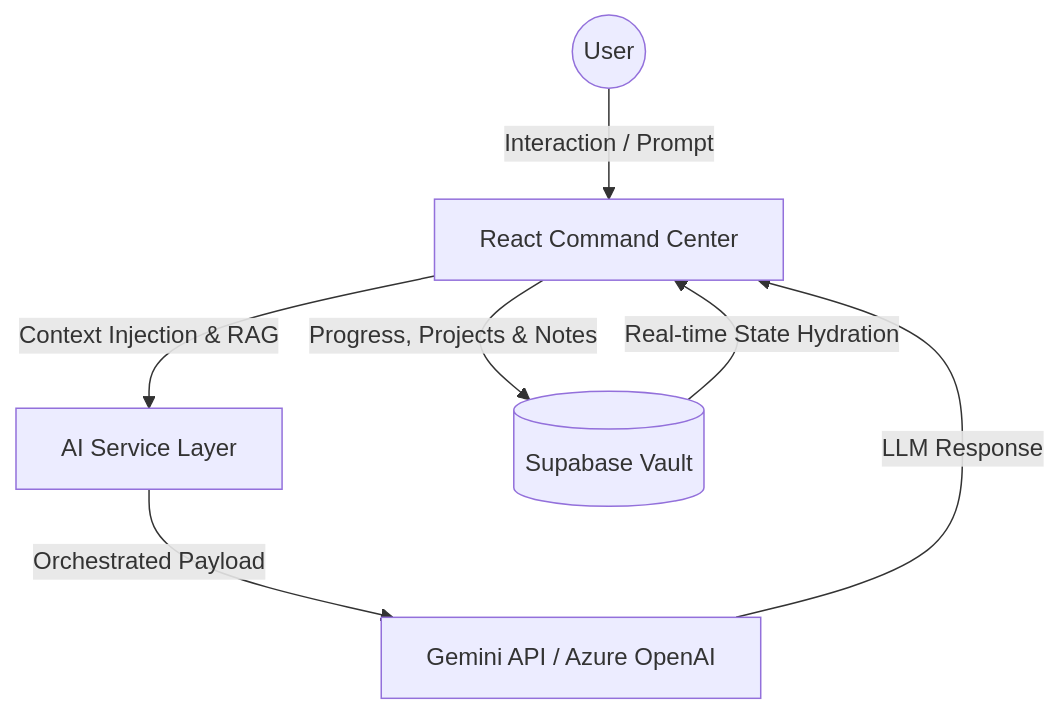
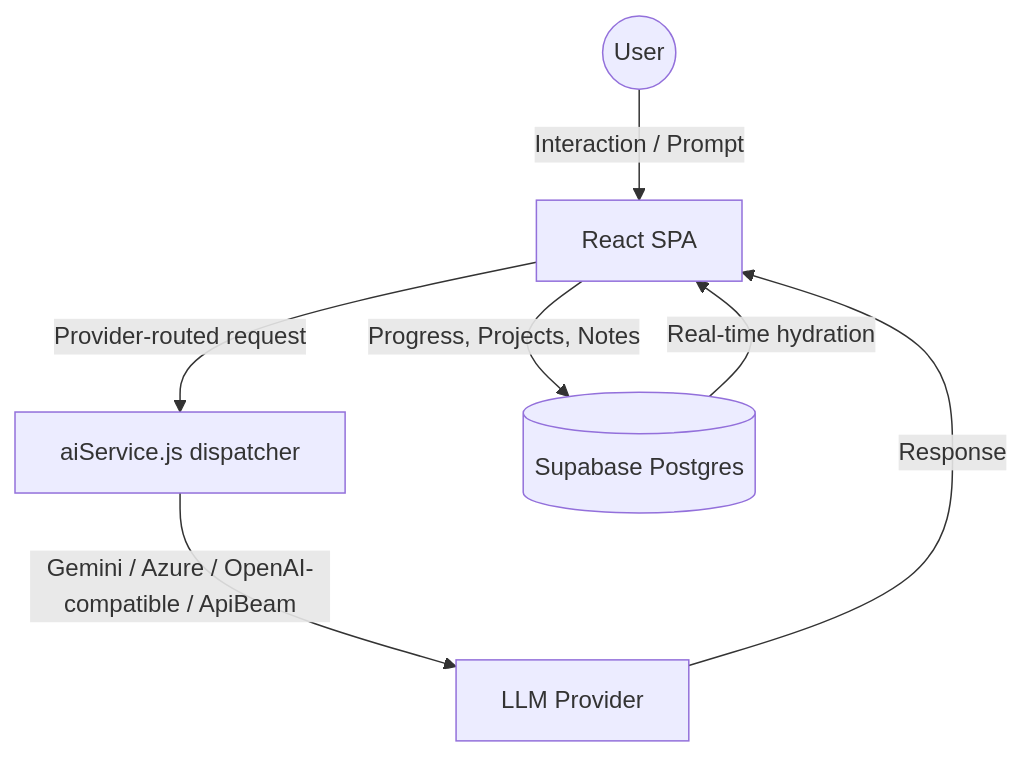
The second of 8 diagrams in README.md (nandanpatkar/GenAIAcademy), drawn with Mermaid before and after one commit. The commit also changed other lines of this file, not shown here.

````diff
--- a/README.md
+++ b/README.md
@@ -30,9 +383,9 @@
 ```mermaid
 graph TD
-    User((User)) -->|Interaction / Prompt| UI[React Command Center]
-    UI -->|Context Injection & RAG| AI[AI Service Layer]
-    AI -->|Orchestrated Payload| GEM[Gemini API / Azure OpenAI]
-    GEM -->|LLM Response| UI
-    UI -->|Progress, Projects & Notes| DB[(Supabase Vault)]
-    DB -->|Real-time State Hydration| UI
+    User((User)) -->|Interaction / Prompt| UI[React SPA]
+    UI -->|Provider-routed request| AIS[aiService.js dispatcher]
+    AIS -->|Gemini / Azure / OpenAI-compatible / ApiBeam| LLM[LLM Provider]
+    LLM -->|Response| UI
+    UI -->|Progress, Projects, Notes| DB[(Supabase Postgres)]
+    DB -->|Real-time hydration| UI
 ```
````
